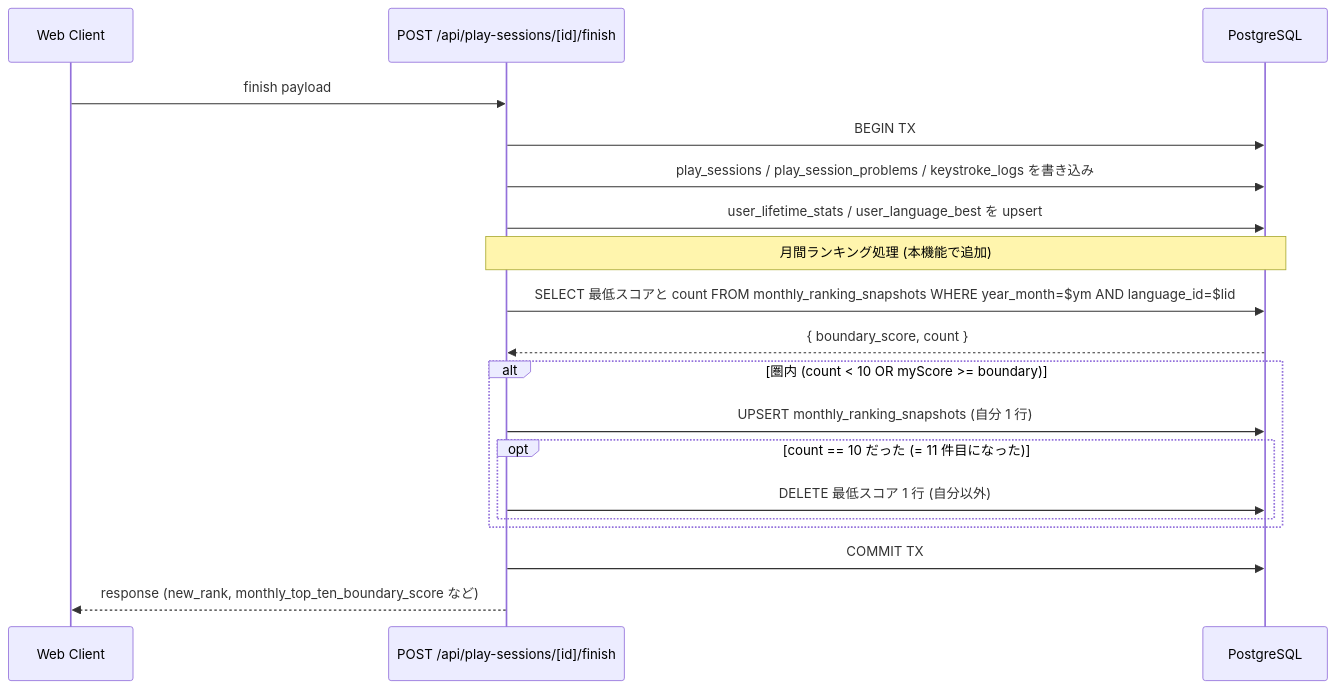
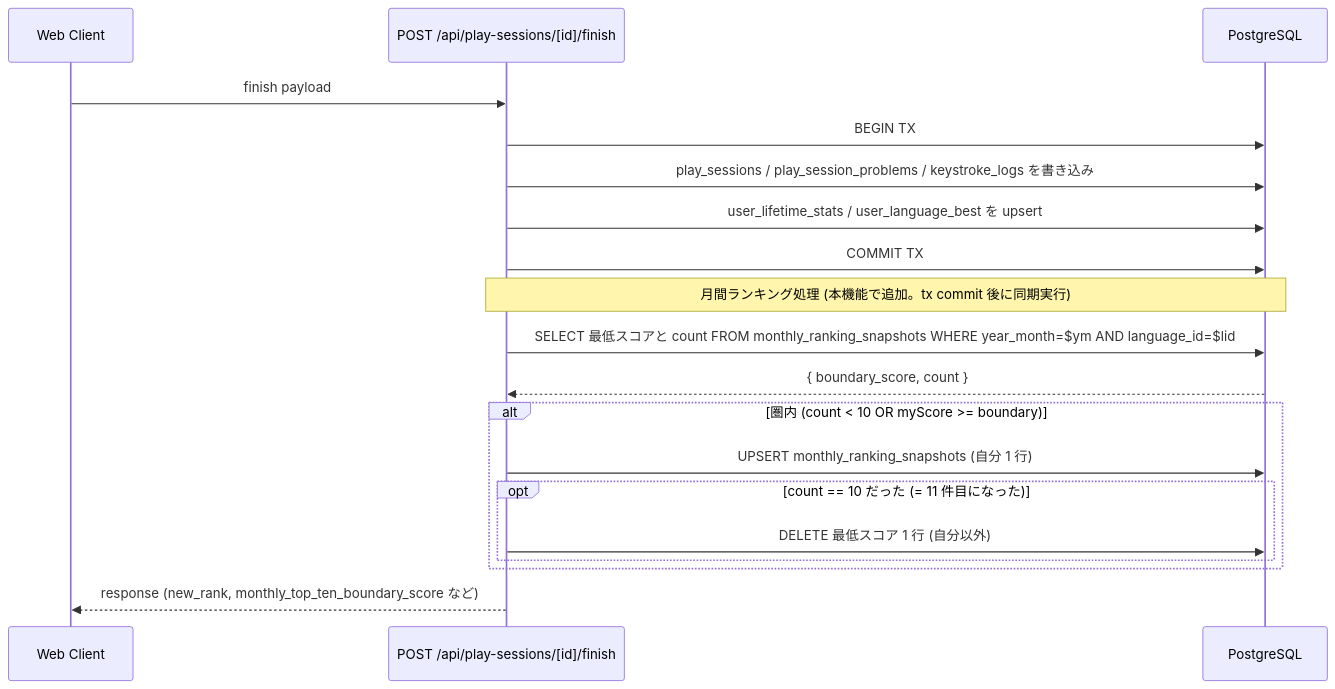
Before and after one commit to kentakki416/typing-royale: the second of 3 diagrams in docs/spec/monthly-ranking/README.md, drawn with Mermaid. The commit also changed other lines of this file and 51 other files, not shown here.

````diff
--- a/docs/spec/monthly-ranking/README.md
+++ b/docs/spec/monthly-ranking/README.md
@@ -230,22 +230,22 @@
 ```mermaid
 sequenceDiagram
     participant Client as Web Client
     participant API as POST /api/play-sessions/[id]/finish
     participant DB as PostgreSQL
 
     Client->>API: finish payload
     API->>DB: BEGIN TX
     API->>DB: play_sessions / play_session_problems / keystroke_logs を書き込み
     API->>DB: user_lifetime_stats / user_language_best を upsert
-    Note over API,DB: 月間ランキング処理 (本機能で追加)
+    API->>DB: COMMIT TX
+    Note over API,DB: 月間ランキング処理 (本機能で追加。tx commit 後に同期実行)
     API->>DB: SELECT 最低スコアと count FROM monthly_ranking_snapshots WHERE year_month=$ym AND language_id=$lid
     DB-->>API: { boundary_score, count }
     alt 圏内 (count < 10 OR myScore >= boundary)
         API->>DB: UPSERT monthly_ranking_snapshots (自分 1 行)
         opt count == 10 だった (= 11 件目になった)
             API->>DB: DELETE 最低スコア 1 行 (自分以外)
         end
     end
-    API->>DB: COMMIT TX
     API-->>Client: response (new_rank, monthly_top_ten_boundary_score など)
 ```
````
